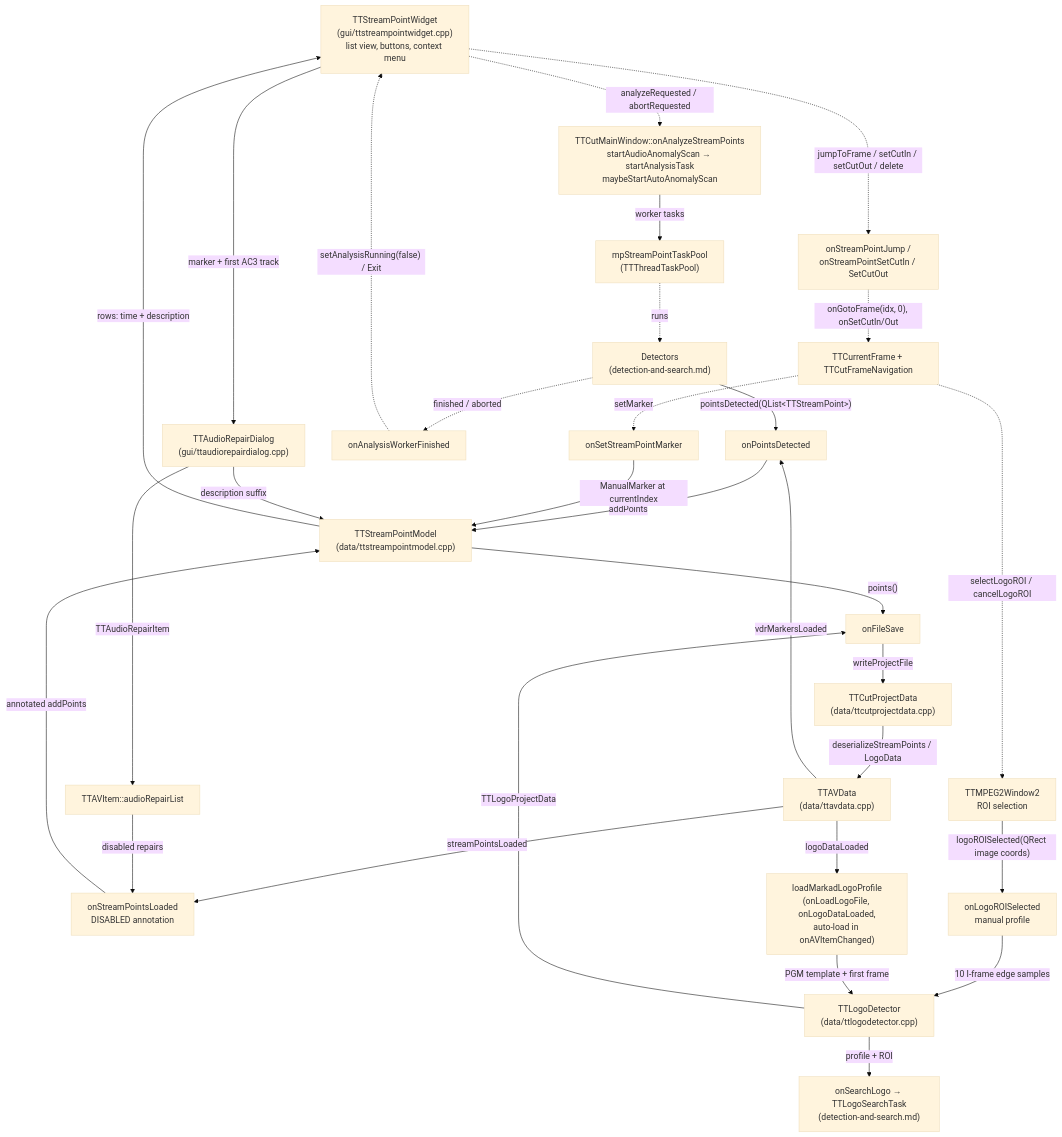
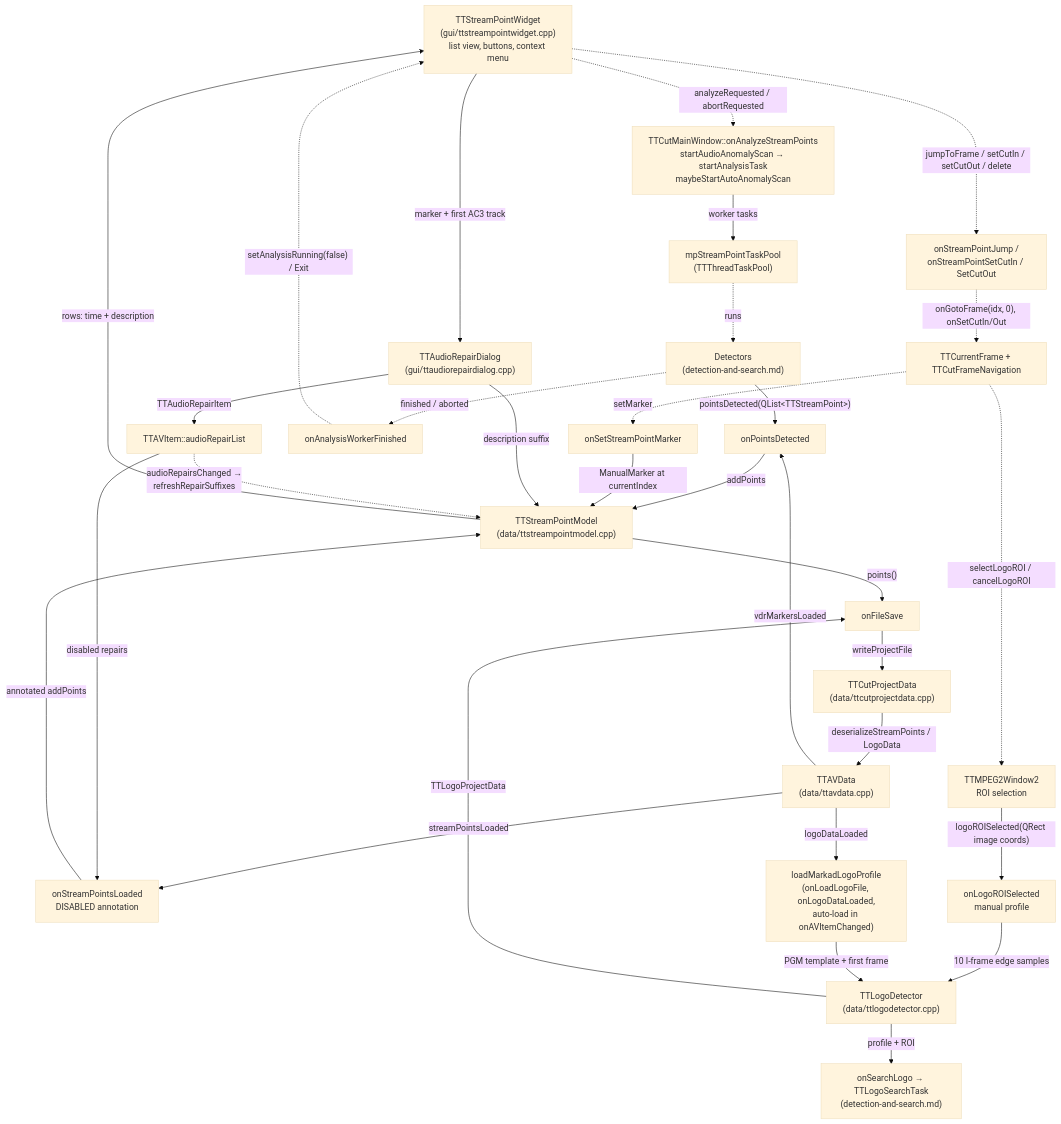
Before and after one commit to MINIXJR/TTCut-ng: the diagram in docs/code-map/stream-points.md, drawn with Mermaid (base theme). The commit also changed other lines of this file and 32 other files, not shown here.

````diff
--- a/docs/code-map/stream-points.md
+++ b/docs/code-map/stream-points.md
@@ -54,54 +55,55 @@
 ```mermaid
 flowchart TD
     WIDGET["TTStreamPointWidget<br/>(gui/ttstreampointwidget.cpp)<br/>list view, buttons, context menu"]
     ANALYZE["TTCutMainWindow::onAnalyzeStreamPoints<br/>startAudioAnomalyScan → startAnalysisTask<br/>maybeStartAutoAnomalyScan"]
     POOL["mpStreamPointTaskPool<br/>(TTThreadTaskPool)"]
     DETECT["Detectors<br/>(detection-and-search.md)"]
     RESULT["onPointsDetected"]
     LOADED["onStreamPointsLoaded<br/>DISABLED annotation"]
     MANUAL["onSetStreamPointMarker"]
     MODEL["TTStreamPointModel<br/>(data/ttstreampointmodel.cpp)"]
     FIN["onAnalysisWorkerFinished"]
     JUMP["onStreamPointJump /<br/>onStreamPointSetCutIn / SetCutOut"]
     NAVFRAME["TTCurrentFrame + TTCutFrameNavigation"]
     REPAIR["TTAudioRepairDialog<br/>(gui/ttaudiorepairdialog.cpp)"]
     AVITEM["TTAVItem::audioRepairList"]
     SAVE["onFileSave"]
     PRJ["TTCutProjectData<br/>(data/ttcutprojectdata.cpp)"]
     AVD["TTAVData<br/>(data/ttavdata.cpp)"]
     LOGO["TTLogoDetector<br/>(data/ttlogodetector.cpp)"]
     ROI["onLogoROISelected<br/>manual profile"]
     MARKAD["loadMarkadLogoProfile<br/>(onLoadLogoFile, onLogoDataLoaded,<br/>auto-load in onAVItemChanged)"]
     WIN["TTMPEG2Window2<br/>ROI selection"]
     LOGOSEARCH["onSearchLogo → TTLogoSearchTask<br/>(detection-and-search.md)"]
 
     WIDGET -. "analyzeRequested / abortRequested" .-> ANALYZE
     ANALYZE -- "worker tasks" --> POOL
     POOL -. "runs" .-> DETECT
     DETECT -- "pointsDetected(QList&lt;TTStreamPoint&gt;)" --> RESULT
     DETECT -. "finished / aborted" .-> FIN
     RESULT -- "addPoints" --> MODEL
     AVD -- "streamPointsLoaded" --> LOADED
     AVITEM -- "disabled repairs" --> LOADED
     LOADED -- "annotated addPoints" --> MODEL
     AVD -- "vdrMarkersLoaded" --> RESULT
     NAVFRAME -. "setMarker" .-> MANUAL
     MANUAL -- "ManualMarker at currentIndex" --> MODEL
     MODEL -- "rows: time + description" --> WIDGET
     FIN -. "setAnalysisRunning(false) / Exit" .-> WIDGET
     WIDGET -. "jumpToFrame / setCutIn / setCutOut / delete" .-> JUMP
     JUMP -. "onGotoFrame(idx, 0), onSetCutIn/Out" .-> NAVFRAME
     WIDGET -- "marker + first AC3 track" --> REPAIR
     REPAIR -- "TTAudioRepairItem" --> AVITEM
     REPAIR -- "description suffix" --> MODEL
+    AVITEM -. "audioRepairsChanged →<br/>refreshRepairSuffixes" .-> MODEL
     MODEL -- "points()" --> SAVE
     LOGO -- "TTLogoProjectData" --> SAVE
     SAVE -- "writeProjectFile" --> PRJ
     PRJ -- "deserializeStreamPoints / LogoData" --> AVD
     AVD -- "logoDataLoaded" --> MARKAD
     NAVFRAME -. "selectLogoROI / cancelLogoROI" .-> WIN
     WIN -- "logoROISelected(QRect image coords)" --> ROI
     ROI -- "10 I-frame edge samples" --> LOGO
     MARKAD -- "PGM template + first frame" --> LOGO
     LOGO -- "profile + ROI" --> LOGOSEARCH
 ```
````
